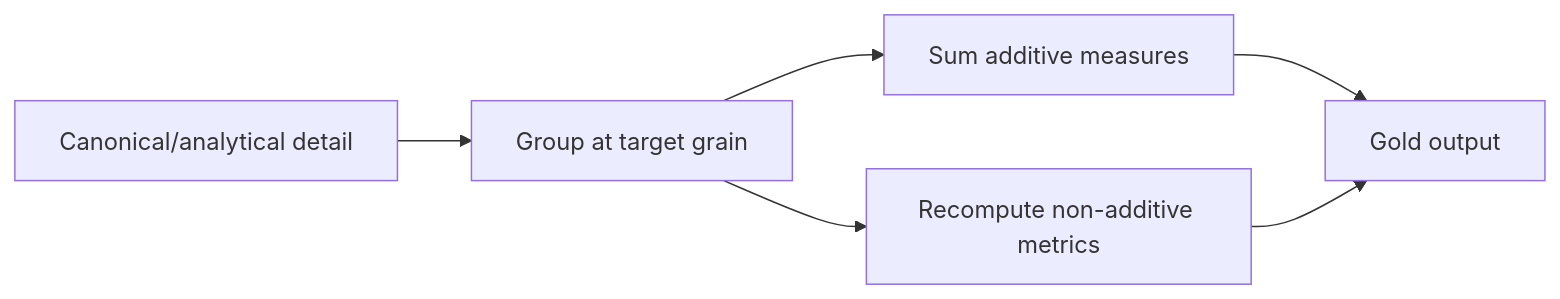
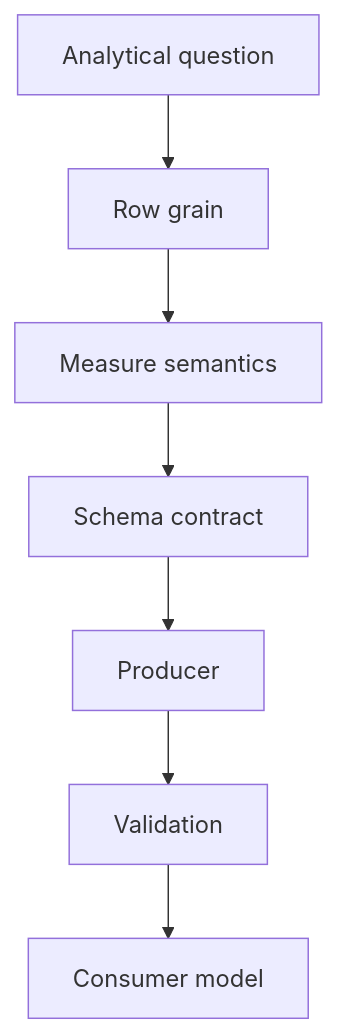
Before and after one commit to tks18/personal-finance-etl: the second of 5 diagrams in docs/developer/adding-gold-marts.md, drawn with Mermaid. The commit also changed other lines of this file and 8 other files, not shown here.

````diff
--- a/docs/developer/adding-gold-marts.md
+++ b/docs/developer/adding-gold-marts.md
@@ -48,8 +82,12 @@
 ```mermaid
-flowchart LR
-    DETAIL[Canonical/analytical detail] --> GROUP[Group at target grain]
-    GROUP --> ADD[Sum additive measures]
-    GROUP --> RE[Recompute non-additive metrics]
-    ADD --> OUT[Gold output]
-    RE --> OUT
+flowchart TD
+    Q[Analytical question]
+    G[Row grain]
+    M[Measure semantics]
+    S[Schema contract]
+    P[Producer]
+    V[Validation]
+    C[Consumer model]
+
+    Q --> G --> M --> S --> P --> V --> C
 ```
````
